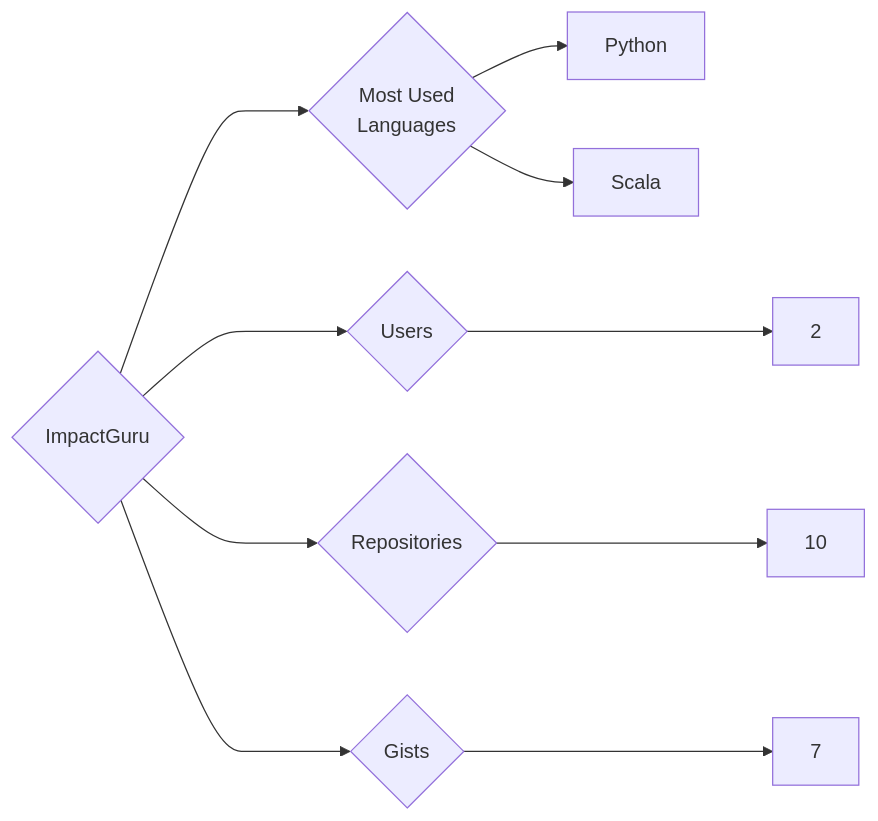
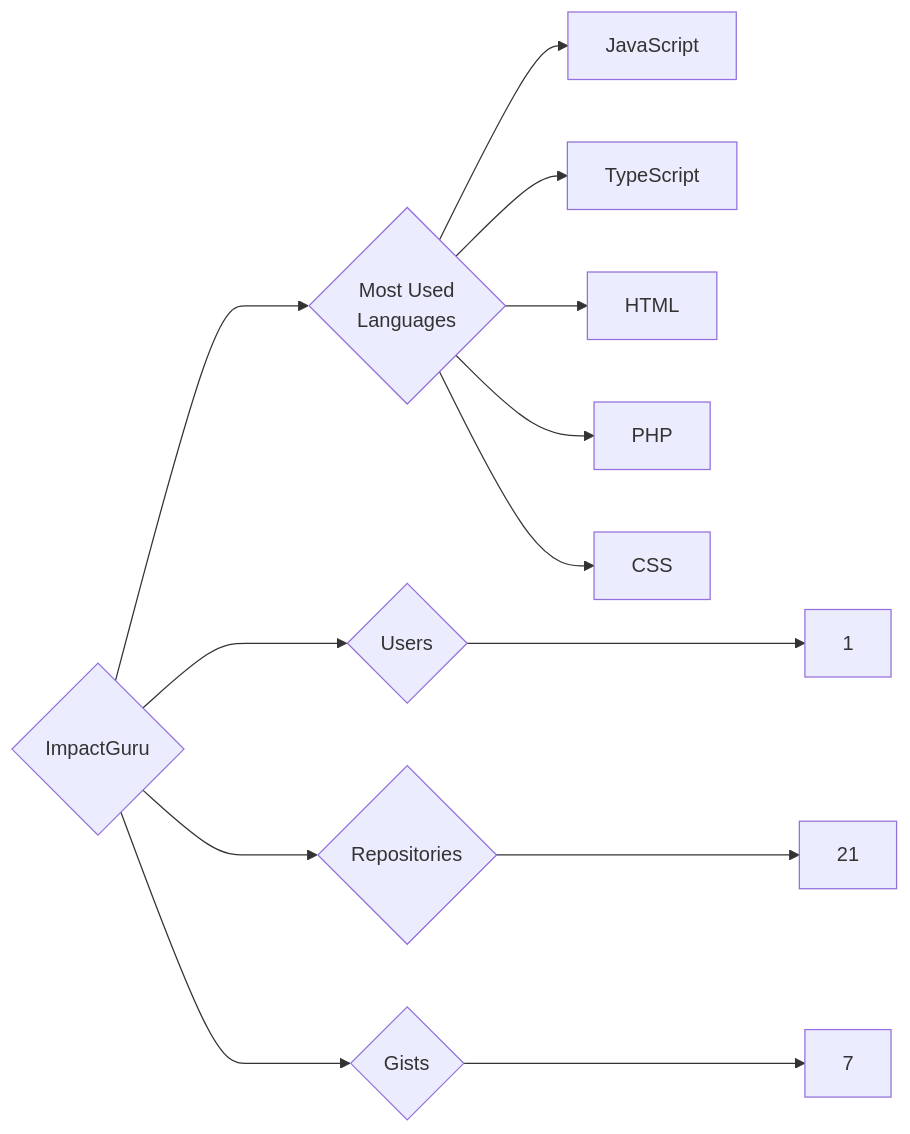
Before and after one commit to trickest/insiders: the diagram in targets/ImpactGuru/README.md, drawn with Mermaid. The commit also changed 985 other files, not shown here.

````diff
--- a/targets/ImpactGuru/README.md
+++ b/targets/ImpactGuru/README.md
@@ -3,10 +3,13 @@
 ```mermaid
 graph LR
 COMPANY_NAME{ImpactGuru}
-COMPANY_NAME ---> U{Users} ---> UN[2]
-COMPANY_NAME ---> R{Repositories} ---> RN[10]
+COMPANY_NAME ---> U{Users} ---> UN[1]
+COMPANY_NAME ---> R{Repositories} ---> RN[21]
 COMPANY_NAME ---> G{Gists} ---> GN[7]
 COMPANY_NAME ---> ML{Most Used<br>Languages}
-ML --> Python[Python]
-ML --> Scala[Scala]
+ML --> JavaScript[JavaScript]
+ML --> TypeScript[TypeScript]
+ML --> HTML[HTML]
+ML --> PHP[PHP]
+ML --> CSS[CSS]
 ```
````
